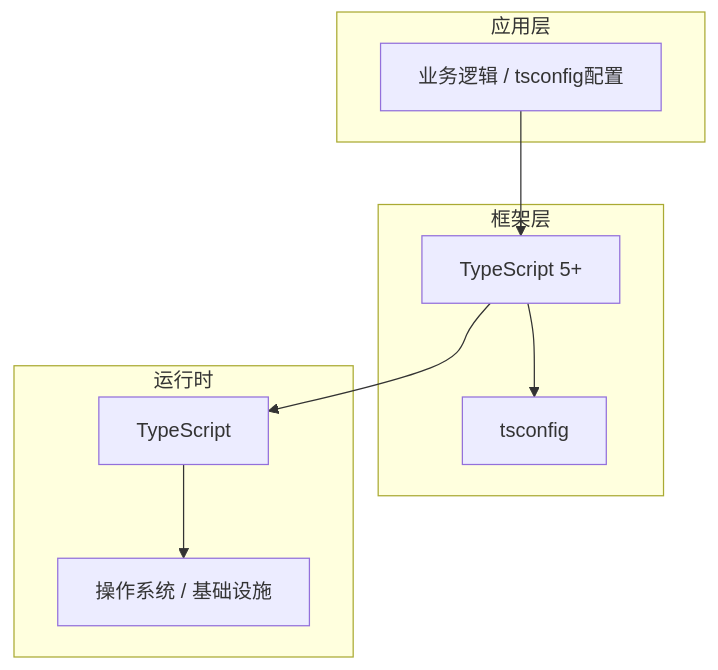
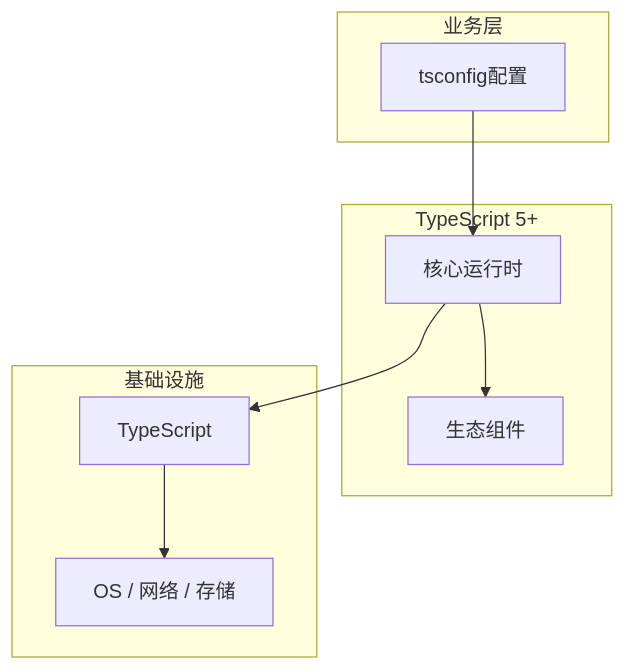
One commit to yanggan2015/knowledge-json-v2 changed the diagram in articles/TypeScript/chapters/071-tsconfig配置核心概念与原理.md. Above: the diagram before and after it, drawn with Mermaid. The commit also changed other lines of this file and 10127 other files, not shown here.

````diff
--- a/articles/TypeScript/chapters/071-tsconfig配置核心概念与原理.md
+++ b/articles/TypeScript/chapters/071-tsconfig配置核心概念与原理.md
@@ -45,18 +34,18 @@
 ```mermaid
 graph TB
-    subgraph 应用层
-        A[业务逻辑 / tsconfig配置]
+    subgraph 业务层
+        A[tsconfig配置]
     end
-    subgraph 框架层
-        B[TypeScript 5+]
-        C[tsconfig]
+    subgraph TypeScript 5+
+        B[核心运行时]
+        C[生态组件]
     end
-    subgraph 运行时
+    subgraph 基础设施
         D[TypeScript]
-        E[操作系统 / 基础设施]
+        E[OS / 网络 / 存储]
     end
     A --> B
     B --> C
     B --> D
     D --> E
 ```
````
